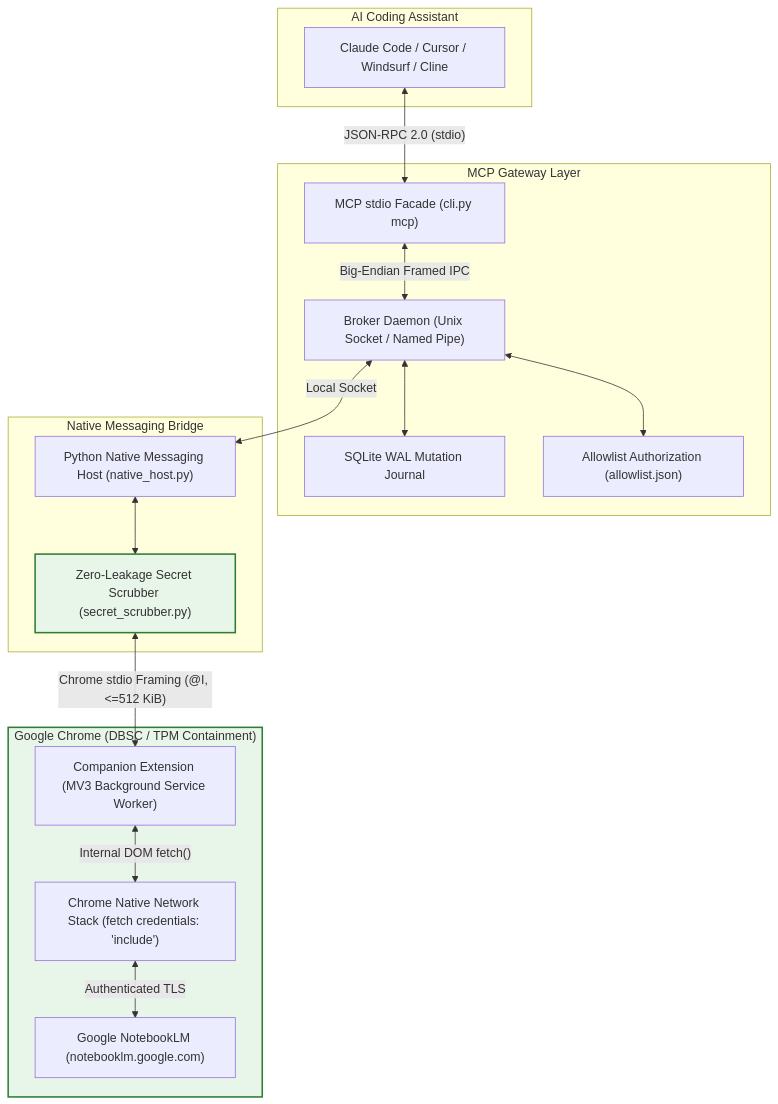
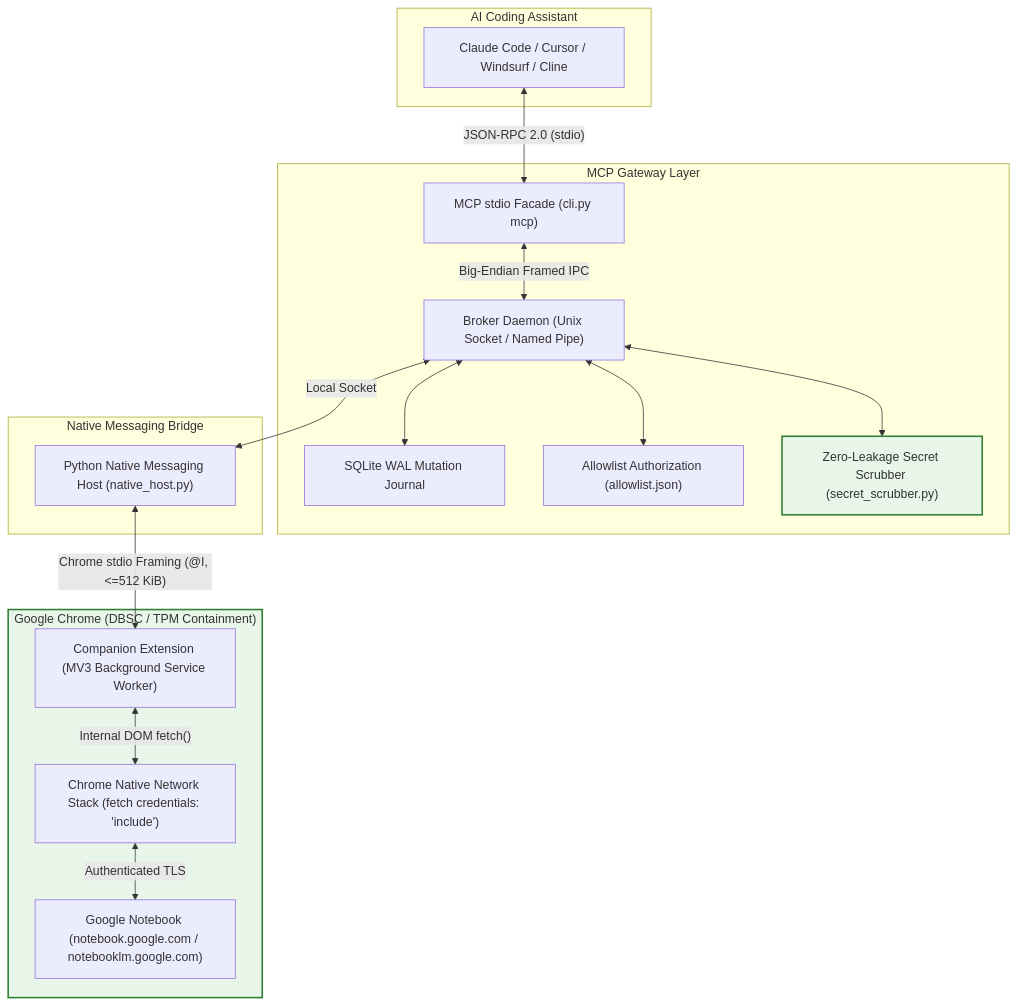
Before and after one commit to wdeldaybytebuster/google-notebook-mcp: the diagram in README.md, drawn with Mermaid. The commit also changed other lines of this file and 22 other files, not shown here.

````diff
--- a/README.md
+++ b/README.md
@@ -34,37 +34,37 @@
 ```mermaid
 flowchart TD
     subgraph ClientLayer["AI Coding Assistant"]
         Client["Claude Code / Cursor / Windsurf / Cline"]
     end
 
     subgraph MCPGateway["MCP Gateway Layer"]
         Facade["MCP stdio Facade (cli.py mcp)"]
         Broker["Broker Daemon (Unix Socket / Named Pipe)"]
         Journal["SQLite WAL Mutation Journal"]
         Allowlist["Allowlist Authorization (allowlist.json)"]
+        Scrubber["Zero-Leakage Secret Scrubber (secret_scrubber.py)"]
     end
 
     subgraph NativeBridge["Native Messaging Bridge"]
         NativeHost["Python Native Messaging Host (native_host.py)"]
-        Scrubber["Zero-Leakage Secret Scrubber (secret_scrubber.py)"]
     end
 
     subgraph BrowserLayer["Google Chrome (DBSC / TPM Containment)"]
         MV3["Companion Extension (MV3 Background Service Worker)"]
         ChromeNet["Chrome Native Network Stack (fetch credentials: 'include')"]
-        NotebookLM["Google NotebookLM (notebooklm.google.com)"]
+        NotebookLM["Google Notebook (notebook.google.com / notebooklm.google.com)"]
     end
 
     Client <-->|"JSON-RPC 2.0 (stdio)"| Facade
     Facade <-->|"Big-Endian Framed IPC"| Broker
     Broker <--> Journal
     Broker <--> Allowlist
+    Broker <--> Scrubber
     Broker <-->|"Local Socket"| NativeHost
-    NativeHost <--> Scrubber
-    Scrubber <-->|"Chrome stdio Framing (@I, <=512 KiB)"| MV3
+    NativeHost <-->|"Chrome stdio Framing (@I, <=512 KiB)"| MV3
     MV3 <-->|"Internal DOM fetch()"| ChromeNet
     ChromeNet <-->|"Authenticated TLS"| NotebookLM
 
     classDef secure fill:#e8f5e9,stroke:#2e7d32,stroke-width:2px;
     class BrowserLayer,Scrubber secure;
 ```
````
